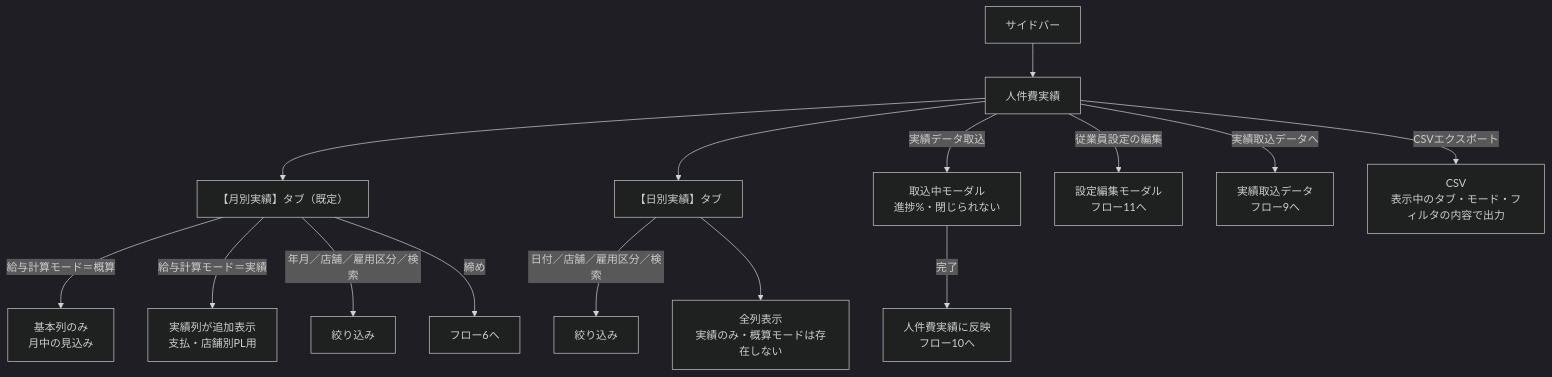
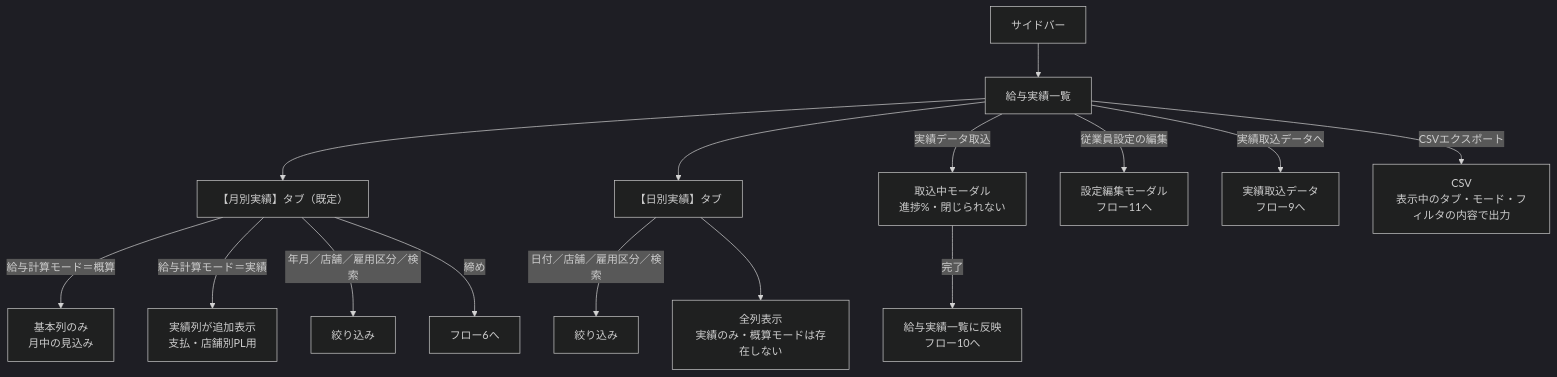
One commit to suguru789987/rakmy-employee-mgmt-spec changed the sixth of 15 diagrams in 20260803_01_従業員管理_仕様書_PdM版.md. Above: the diagram before and after it, drawn with Mermaid (dark theme). The commit also changed other lines of this file and 18 other files, not shown here.

````diff
--- a/20260803_01_従業員管理_仕様書_PdM版.md
+++ b/20260803_01_従業員管理_仕様書_PdM版.md
@@ -398,20 +398,20 @@
 ```mermaid
 flowchart TB
-  SB["サイドバー"] --> LC["人件費実績"]
+  SB["サイドバー"] --> LC["給与実績一覧"]
 
   LC --> T1["【月別実績】タブ（既定）"]
   T1 -->|"給与計算モード＝概算"| A["基本列のみ<br/>月中の見込み"]
   T1 -->|"給与計算モード＝実績"| B["実績列が追加表示<br/>支払・店舗別PL用"]
   T1 -->|"年月／店舗／雇用区分／検索"| C["絞り込み"]
   T1 -->|"締め"| D["フロー6へ"]
 
   LC --> T2["【日別実績】タブ"]
   T2 -->|"日付／店舗／雇用区分／検索"| E["絞り込み"]
   T2 --> F["全列表示<br/>実績のみ・概算モードは存在しない"]
 
   LC -->|"実績データ取込"| G["取込中モーダル<br/>進捗%・閉じられない"]
-  G -->|"完了"| H["人件費実績に反映<br/>フロー10へ"]
+  G -->|"完了"| H["給与実績一覧に反映<br/>フロー10へ"]
   LC -->|"従業員設定の編集"| I["設定編集モーダル<br/>フロー11へ"]
   LC -->|"実績取込データへ"| J["実績取込データ<br/>フロー9へ"]
   LC -->|"CSVエクスポート"| K["CSV<br/>表示中のタブ・モード・フィルタの内容で出力"]
 ```
````
